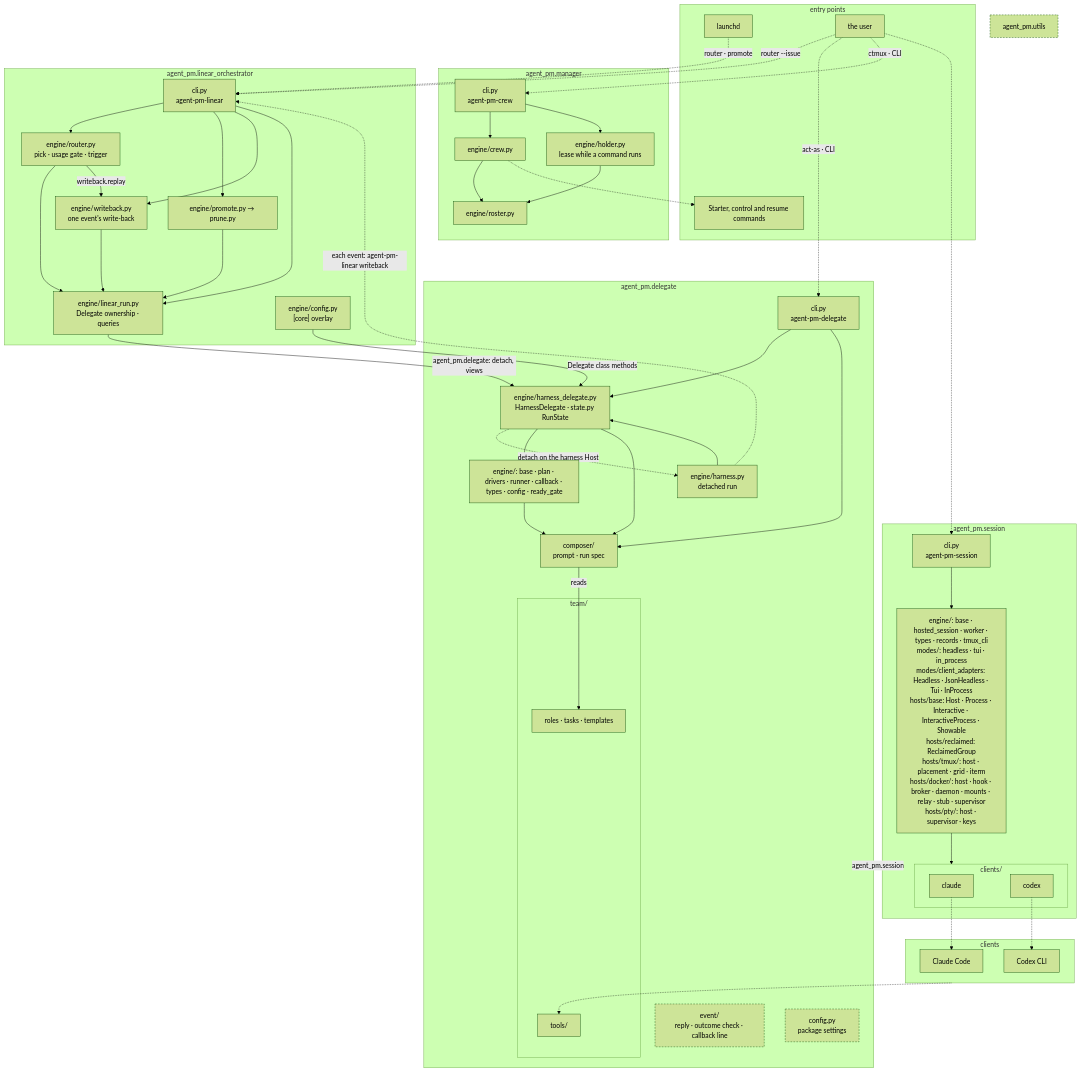
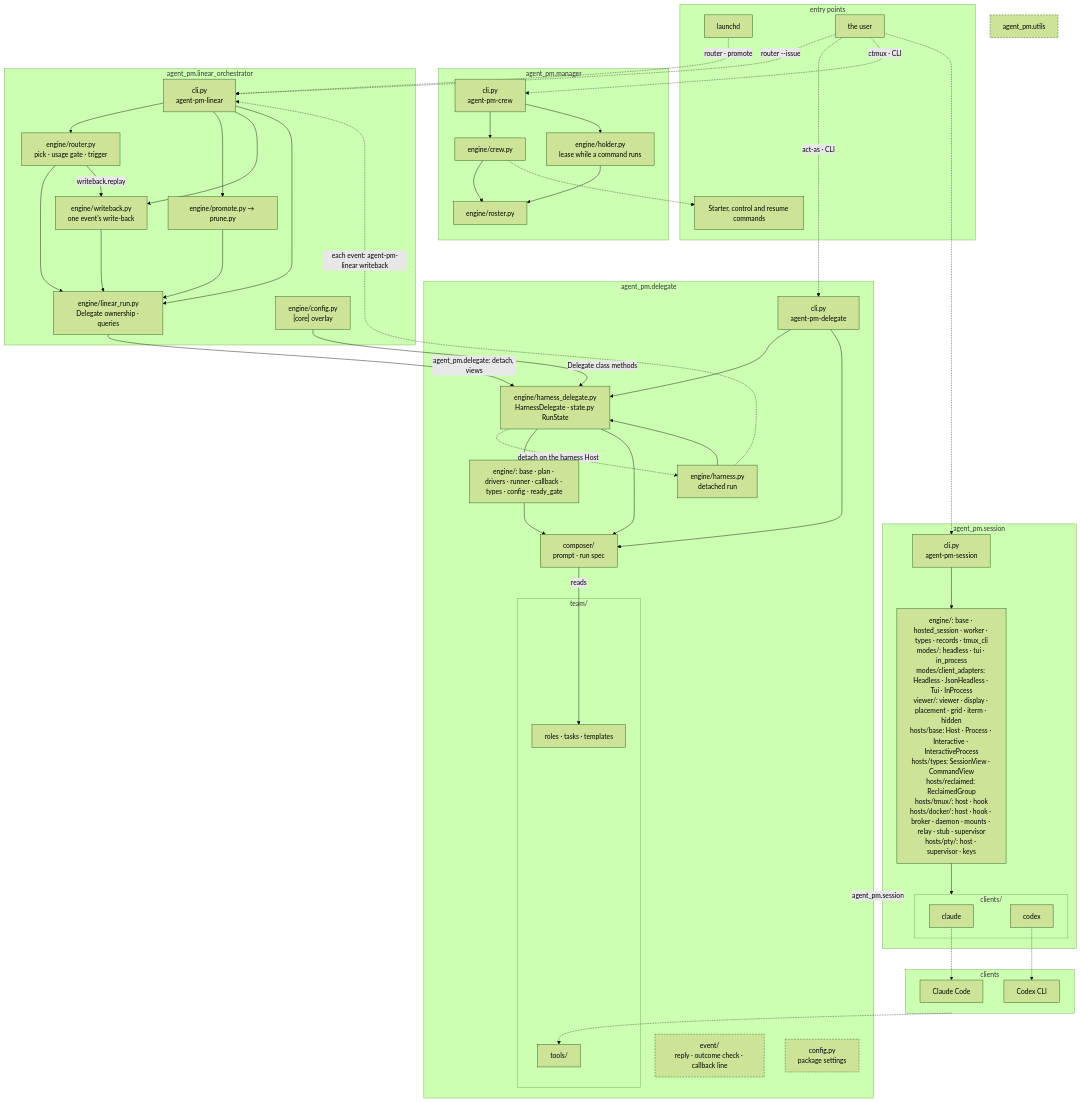
The diagram in docs/architecture.md (ophis/agent-pm), drawn with Mermaid (forest theme) before and after one commit. The commit also changed 90 other files, not shown here.

First line of the commit message:
TASK-616: TASK-607 第 4 单 Viewer 接管显示 Host 只管运行 删除 Showable (#377)

````diff
--- a/docs/architecture.md
+++ b/docs/architecture.md
@@ -5,72 +5,72 @@
 ```mermaid
 flowchart TB
   subgraph EN[entry points]
     LD[launchd]
     HU[the user]
     CC[Starter, control and resume commands]
   end
   subgraph MG[agent_pm.manager]
     MC["cli.py<br>agent-pm-crew"] --> W["engine/crew.py"] --> RS["engine/roster.py"]
     MC --> HO["engine/holder.py<br>lease while a command runs"] --> RS
   end
   subgraph LO[agent_pm.linear_orchestrator]
     LCLI["cli.py<br>agent-pm-linear"]
     R["engine/router.py<br>pick · usage gate · trigger"]
     LR["engine/linear_run.py<br>Delegate ownership · queries"]
     WB["engine/writeback.py<br>one event's write-back"]
     PP["engine/promote.py → prune.py"]
     LC["engine/config.py<br>[core] overlay"]
   end
   subgraph DL[agent_pm.delegate]
     D["cli.py<br>agent-pm-delegate"]
     HD["engine/harness_delegate.py<br>HarnessDelegate · state.py RunState"]
     H["engine/harness.py<br>detached run"]
     E["engine/: base · plan · drivers · runner · callback · types · config · ready_gate"]
     C["composer/<br>prompt · run spec"]
     EV["event/<br>reply · outcome check · callback line"]
     CF["config.py<br>package settings"]
     subgraph TM[team/]
       T["roles · tasks · templates"]
       AT[tools/]
     end
   end
   subgraph SE[agent_pm.session]
     SC["cli.py<br>agent-pm-session"]
-    DR["engine/: base · hosted_session · worker · types · records · tmux_cli<br>modes/: headless · tui · in_process<br>modes/client_adapters: Headless · JsonHeadless · Tui · InProcess<br>hosts/base: Host · Process · Interactive · InteractiveProcess · Showable<br>hosts/reclaimed: ReclaimedGroup<br>hosts/tmux/: host · placement · grid · iterm<br>hosts/docker/: host · hook · broker · daemon · mounts · relay · stub · supervisor<br>hosts/pty/: host · supervisor · keys"]
+    DR["engine/: base · hosted_session · worker · types · records · tmux_cli<br>modes/: headless · tui · in_process<br>modes/client_adapters: Headless · JsonHeadless · Tui · InProcess<br>viewer/: viewer · display · placement · grid · iterm · hidden<br>hosts/base: Host · Process · Interactive · InteractiveProcess<br>hosts/types: SessionView · CommandView<br>hosts/reclaimed: ReclaimedGroup<br>hosts/tmux/: host · hook<br>hosts/docker/: host · hook · broker · daemon · mounts · relay · stub · supervisor<br>hosts/pty/: host · supervisor · keys"]
     subgraph AD[clients/]
       CL[claude]
       CX[codex]
     end
   end
   U[agent_pm.utils]
   subgraph RT[clients]
     P1[Claude Code]
     P2[Codex CLI]
   end
   LD -.->|"router · promote"| LCLI
   HU -.->|"router --issue"| LCLI
   HU -.->|"act-as · CLI"| D
   HU -.->|"ctmux · CLI"| MC
   HU -.-> SC
   SC --> DR
   LCLI --> R & PP & WB & LR
   R & PP & WB --> LR
   R -->|"writeback.replay"| WB
   LR -->|"agent_pm.delegate: detach, views"| HD
   H -.->|"each event: agent-pm-linear writeback"| LCLI
   LC -->|"Delegate class methods"| HD
   W -.-> CC
   D & H --> HD
   D --> C
   HD -.->|"detach on the harness Host"| H
   HD --> E & C
   E --> C
   DL -->|agent_pm.session| SE
   C -->|reads| T
   DR --> AD
   CL -.-> P1
   CX -.-> P2
   RT -.-> AT
   classDef shared stroke-dasharray: 4 3
   class EV,U,CF shared
 ```
````
